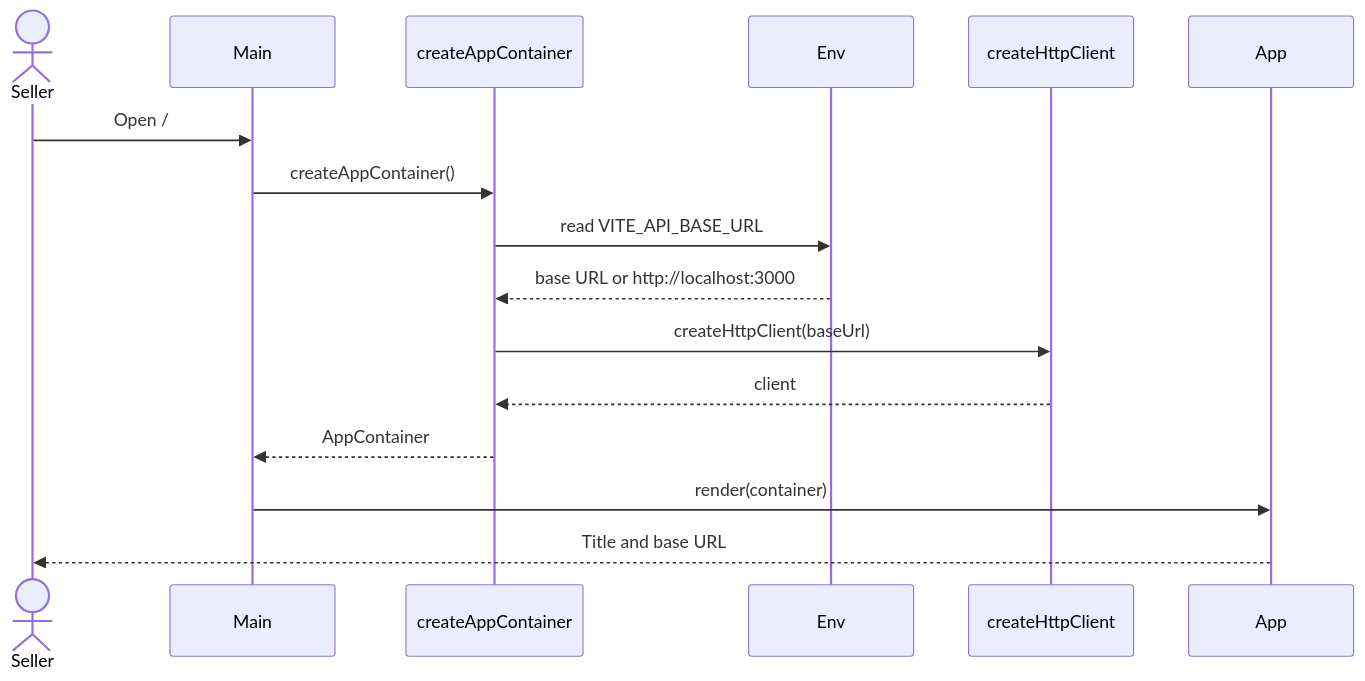
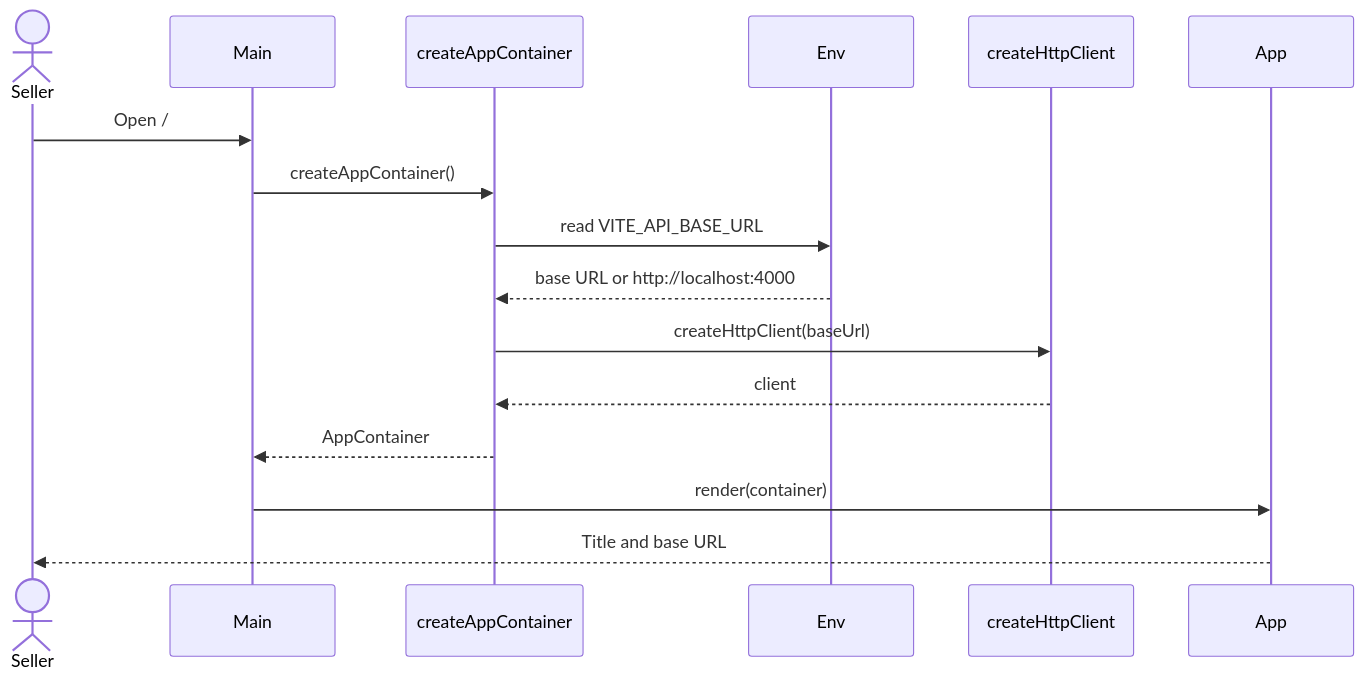
One commit to X01SERYO/prime-sweets-ui changed the second of 2 diagrams in docs/architecture/04-code.md. Above: the diagram before and after it, drawn with Mermaid. The commit also changed 32 other files, not shown here.

````diff
--- a/docs/architecture/04-code.md
+++ b/docs/architecture/04-code.md
@@ -44,19 +44,19 @@
 ```mermaid
 sequenceDiagram
   actor Seller
   participant Main
   participant Container as createAppContainer
   participant Env
   participant Http as createHttpClient
   participant App
 
   Seller->>Main: Open /
   Main->>Container: createAppContainer()
   Container->>Env: read VITE_API_BASE_URL
-  Env-->>Container: base URL or http://localhost:3000
+  Env-->>Container: base URL or http://localhost:4000
   Container->>Http: createHttpClient(baseUrl)
   Http-->>Container: client
   Container-->>Main: AppContainer
   Main->>App: render(container)
   App-->>Seller: Title and base URL
 ```
````
